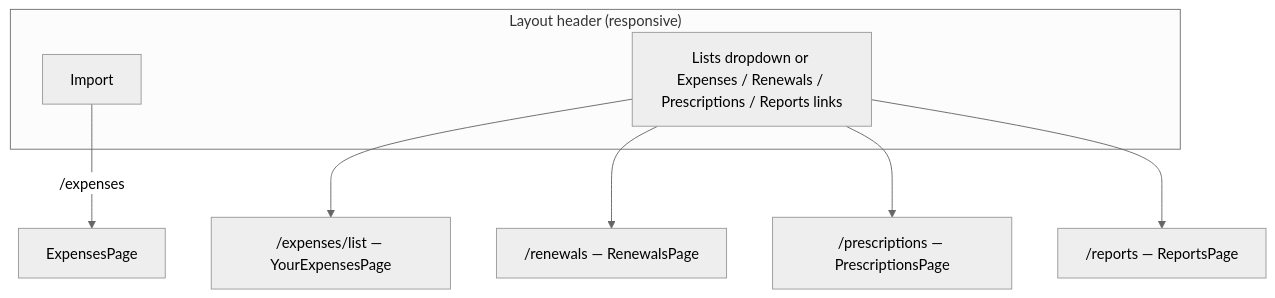
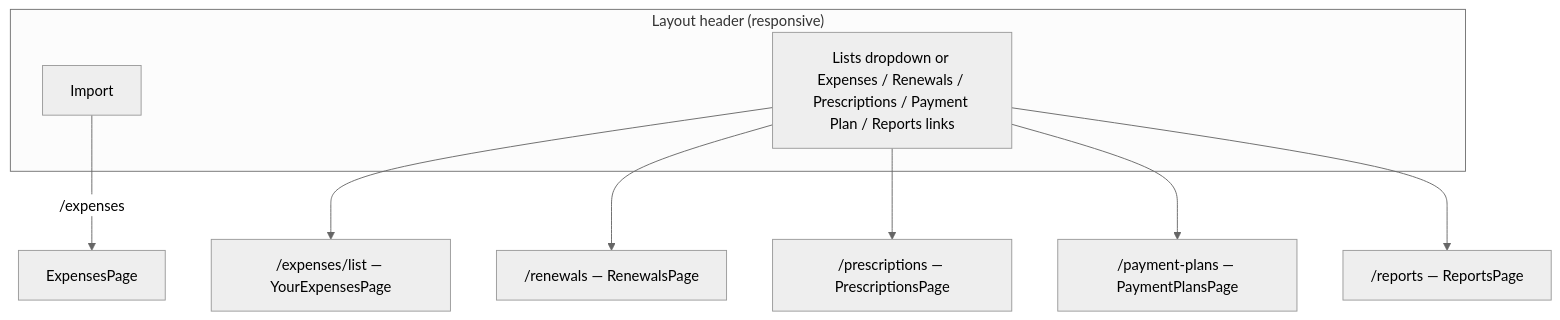
The seventh of 18 diagrams in docs/ARCHITECTURE_DIAGRAM.md (becomeonewiththecode/expense_tracker), drawn with Mermaid (neutral theme) before and after one commit. The commit also changed other lines of this file and 21 other files, not shown here.

First line of the commit message:
Add Payment Plan workflows and unify list experiences.

````diff
--- a/docs/ARCHITECTURE_DIAGRAM.md
+++ b/docs/ARCHITECTURE_DIAGRAM.md
@@ -250,12 +258,13 @@
 ```mermaid
 flowchart TB
   subgraph hdr ["Layout header (responsive)"]
     IMP[Import]
-    NAV["Lists dropdown or Expenses / Renewals / Prescriptions / Reports links"]
+    NAV["Lists dropdown or Expenses / Renewals / Prescriptions / Payment Plan / Reports links"]
   end
   IMP -->|"/expenses"| EPn[ExpensesPage]
   NAV --> L1["/expenses/list — YourExpensesPage"]
   NAV --> L2["/renewals — RenewalsPage"]
   NAV --> L3["/prescriptions — PrescriptionsPage"]
-  NAV --> L4["/reports — ReportsPage"]
+  NAV --> L4["/payment-plans — PaymentPlansPage"]
+  NAV --> L5["/reports — ReportsPage"]
 ```
````
